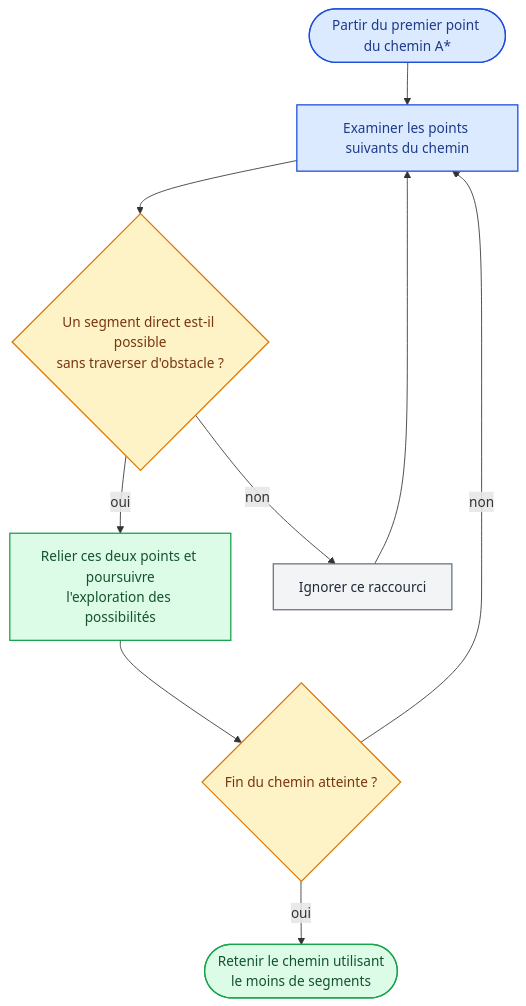
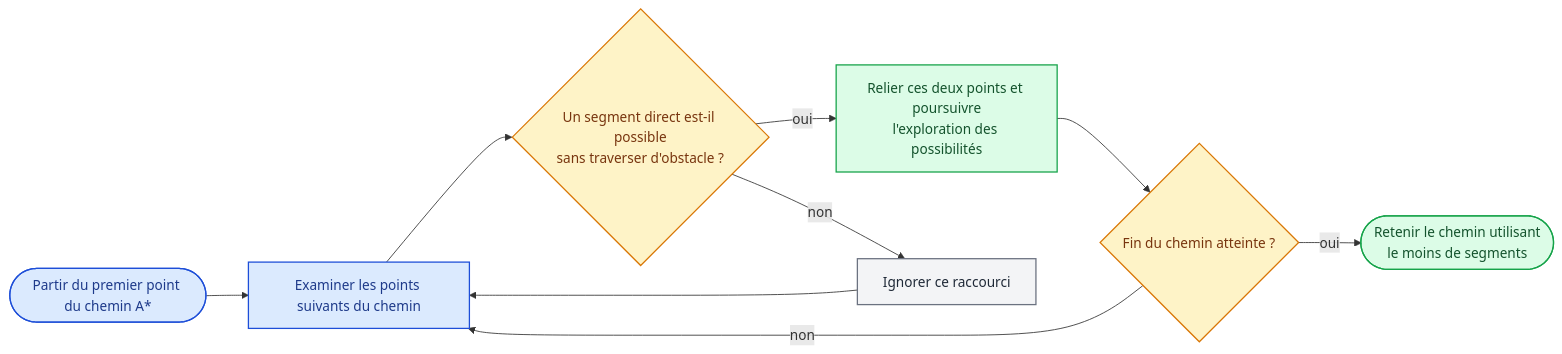
One commit to benoitdekeyn/E4SE_TD_TP changed diagram 17 of 18 in robotique_et_navigation/Rapport/Rapport.md. Above: the diagram before and after it, drawn with Mermaid. The commit also changed other lines of this file and 2 other files, not shown here.

Commit message:
adaptation des tailles des mermaids + retrait gras et separateurs inutiles

````diff
--- a/robotique_et_navigation/Rapport/Rapport.md
+++ b/robotique_et_navigation/Rapport/Rapport.md
@@ -1357,27 +1381,31 @@
-```mermaid zoom=75
-flowchart TB
+```mermaid
+---
+config:
+  layout: dagre
+---
+flowchart LR
     S(["`Partir du premier point du chemin A*`"])
     NEXT["`Examiner les points suivants du chemin`"]
     LOS{"`Un segment direct est-il possible<br/>sans traverser d'obstacle ?`"}
     ADD["`Relier ces deux points et poursuivre<br/>l'exploration des possibilités`"]
     SKIP["`Ignorer ce raccourci`"]
     ENDQ{"`Fin du chemin atteinte ?`"}
     KEEP(["`Retenir le chemin utilisant<br/>le moins de segments`"])
 
     S --> NEXT
     NEXT --> LOS
     LOS -->|"oui"| ADD
     LOS -->|"non"| SKIP
     ADD --> ENDQ
     SKIP --> NEXT
     ENDQ -->|"non"| NEXT
     ENDQ -->|"oui"| KEEP
 
     style S fill:#dbeafe,stroke:#1d4ed8,stroke-width:1.5px,color:#1e3a8a
     style NEXT fill:#dbeafe,stroke:#1d4ed8,stroke-width:1.5px,color:#1e3a8a
     style LOS fill:#fef3c7,stroke:#d97706,stroke-width:1.5px,color:#78350f
     style ENDQ fill:#fef3c7,stroke:#d97706,stroke-width:1.5px,color:#78350f
     style ADD fill:#dcfce7,stroke:#16a34a,stroke-width:1.5px,color:#14532d
     style KEEP fill:#dcfce7,stroke:#16a34a,stroke-width:1.5px,color:#14532d
     style SKIP fill:#f3f4f6,stroke:#6b7280,stroke-width:1.5px,color:#1f2937
 ```
````
